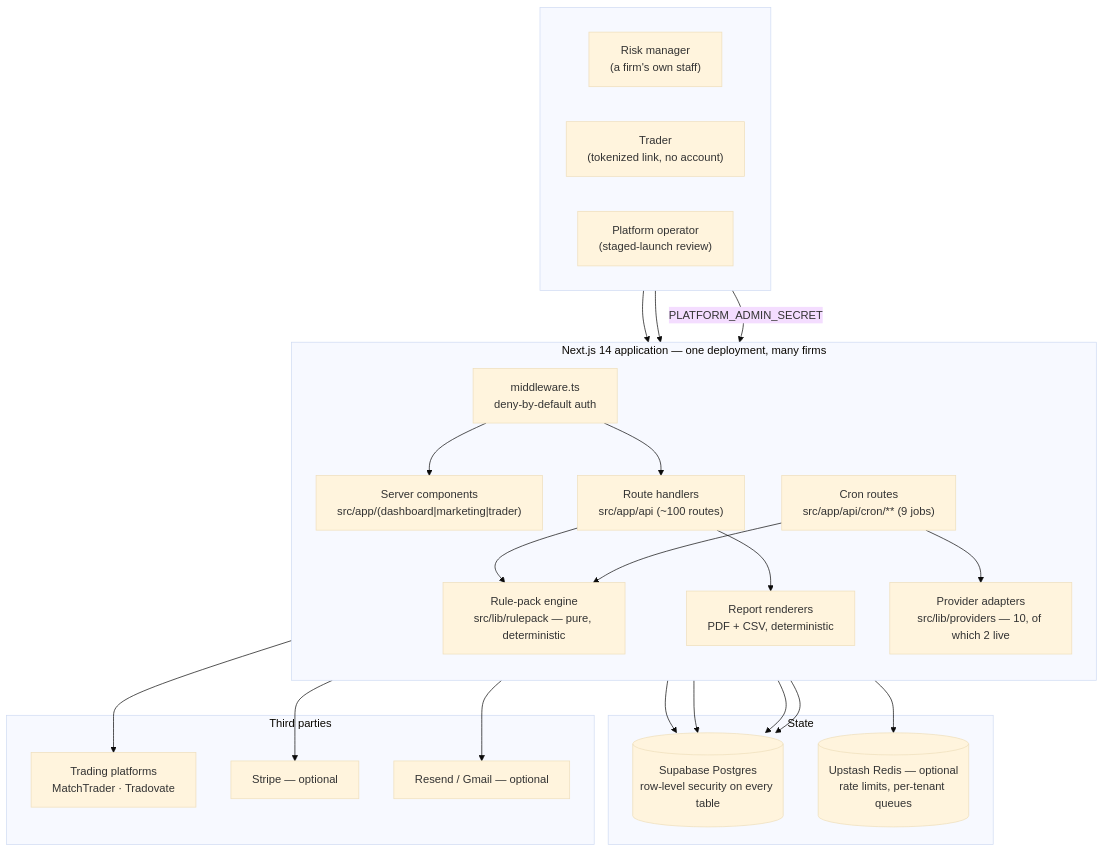
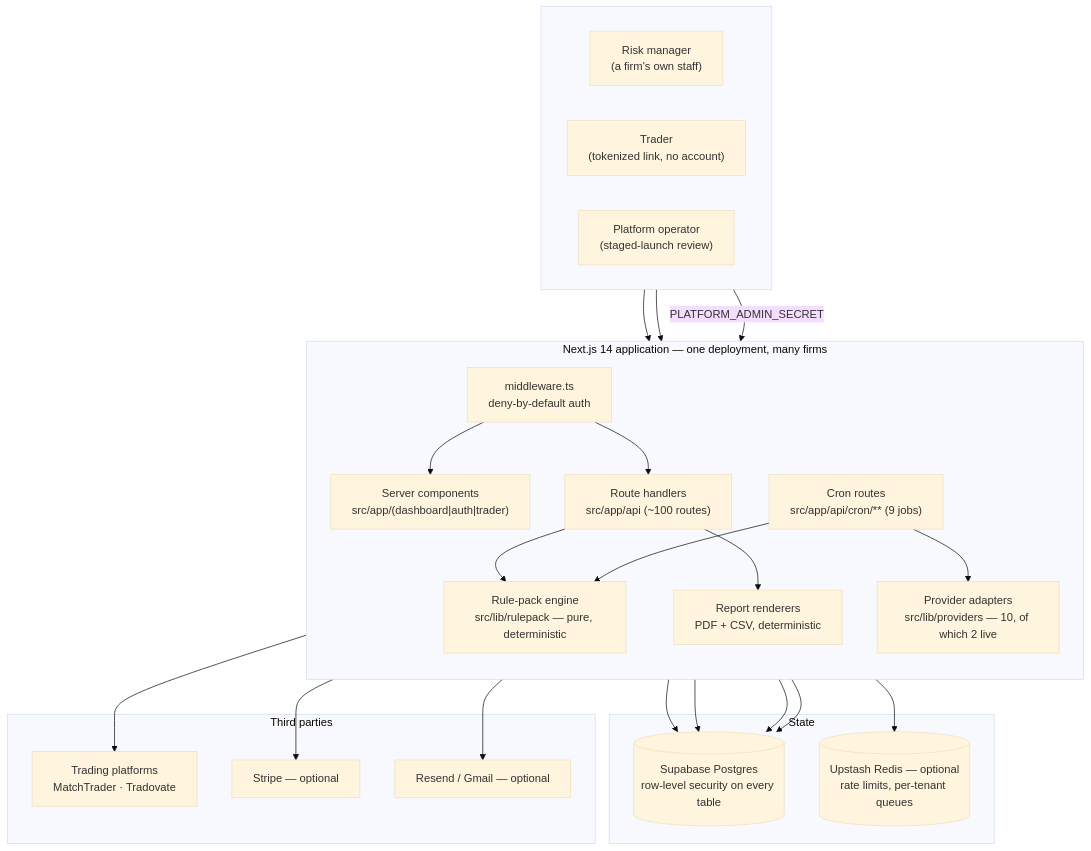
The first of 3 diagrams in docs/architecture.md (vonzelle-vzt/proprisk), drawn with Mermaid (base theme) before and after one commit. The commit also changed other lines of this file and 37 other files, not shown here.

````diff
--- a/docs/architecture.md
+++ b/docs/architecture.md
@@ -22,49 +22,49 @@
 ```mermaid
 flowchart TB
     subgraph people[" "]
         direction LR
         ops["Risk manager<br/>(a firm's own staff)"]
         trader["Trader<br/>(tokenized link, no account)"]
         operator["Platform operator<br/>(staged-launch review)"]
     end
 
     subgraph app["Next.js 14 application — one deployment, many firms"]
         direction TB
         mw["middleware.ts<br/>deny-by-default auth"]
-        pages["Server components<br/>src/app/(dashboard|marketing|trader)"]
+        pages["Server components<br/>src/app/(dashboard|auth|trader)"]
         api["Route handlers<br/>src/app/api (~100 routes)"]
         crons["Cron routes<br/>src/app/api/cron/** (9 jobs)"]
         engine["Rule-pack engine<br/>src/lib/rulepack — pure, deterministic"]
         adapters["Provider adapters<br/>src/lib/providers — 10, of which 2 live"]
         reports["Report renderers<br/>PDF + CSV, deterministic"]
     end
 
     subgraph data["State"]
         pg[("Supabase Postgres<br/>row-level security on every table")]
         redis[("Upstash Redis — optional<br/>rate limits, per-tenant queues")]
     end
 
     subgraph outside["Third parties"]
         platforms["Trading platforms<br/>MatchTrader · Tradovate"]
         stripe["Stripe — optional"]
         mail["Resend / Gmail — optional"]
     end
 
     ops --> mw
     trader --> mw
     operator -->|PLATFORM_ADMIN_SECRET| api
     mw --> pages
     mw --> api
     api --> engine
     api --> reports
     crons --> engine
     crons --> adapters
     engine --> pg
     reports --> pg
     adapters --> platforms
     api --> pg
     api --> redis
     api --> stripe
     api --> mail
     pages --> pg
 ```
````
